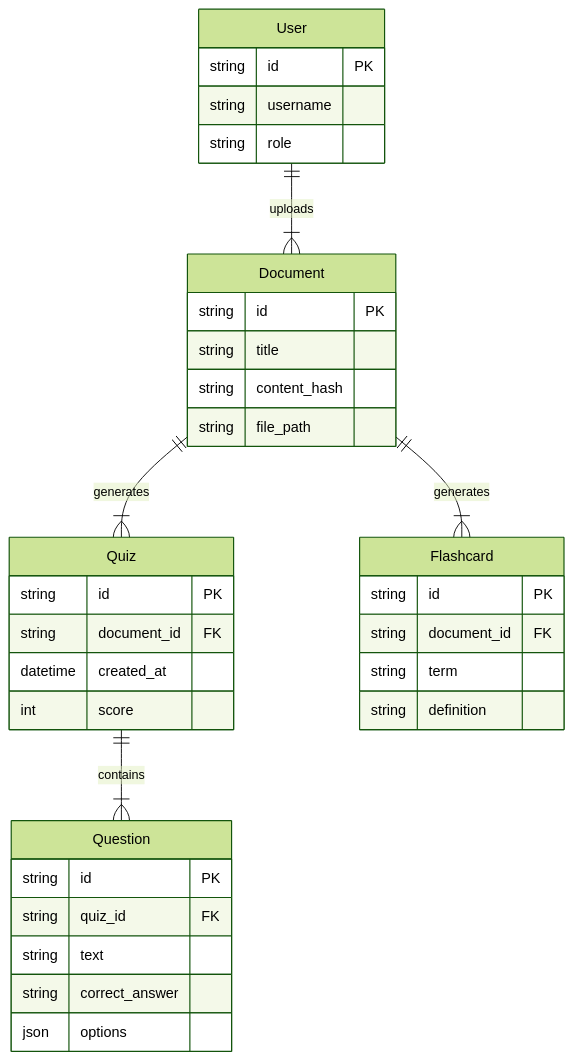
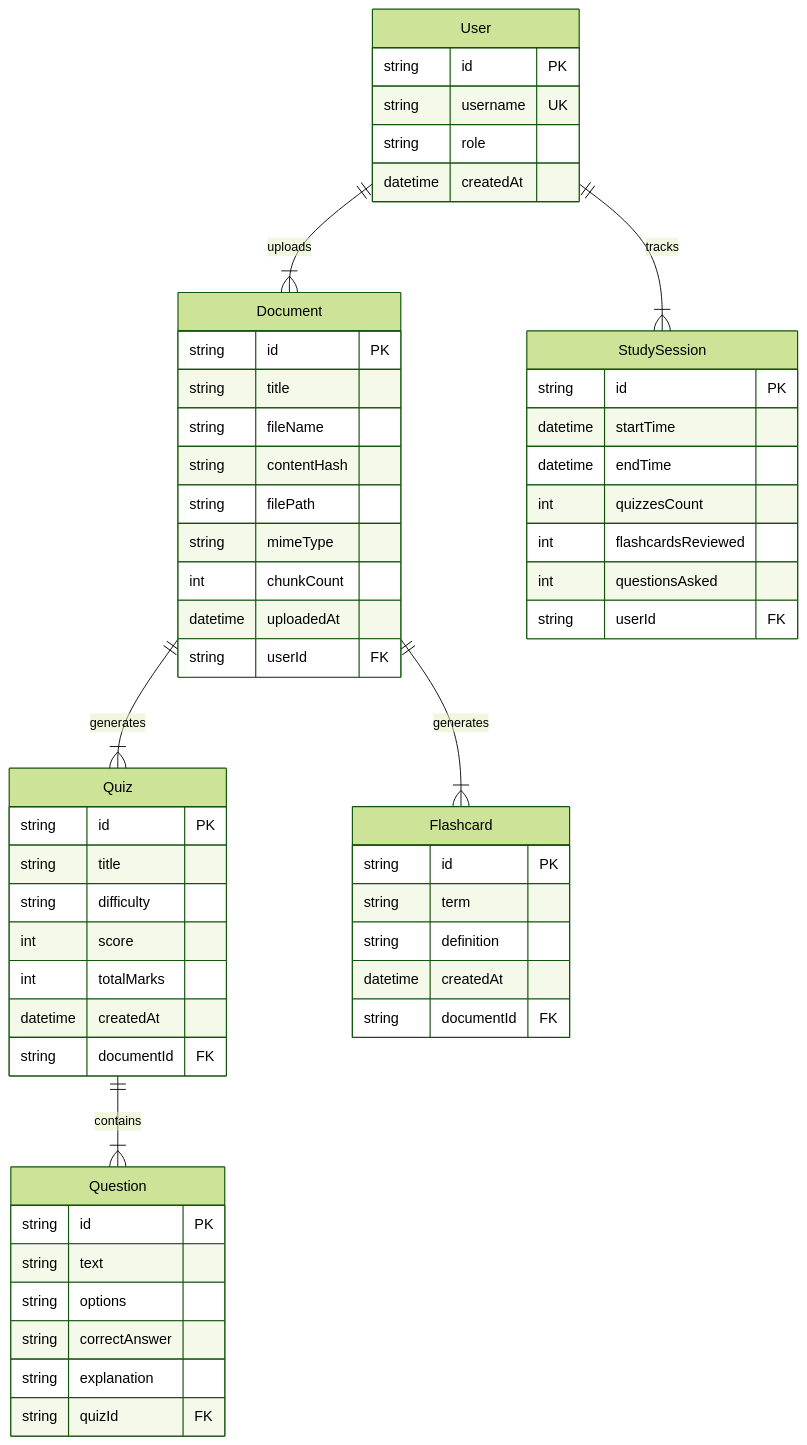
The diagram in ErDiagram.md (AyushCoder9/PromptPrep), drawn with Mermaid (forest theme) before and after one commit. The commit also changed 3 other files, not shown here.

Commit message:
Draft system diagrams

````diff
--- a/ErDiagram.md
+++ b/ErDiagram.md
@@ -1,41 +1,63 @@
 ```mermaid
 erDiagram
     User ||--|{ Document : uploads
+    User ||--|{ StudySession : tracks
     User {
         string id PK
-        string username
+        string username UK
         string role
+        datetime createdAt
     }
 
     Document ||--|{ Quiz : generates
     Document ||--|{ Flashcard : generates
     Document {
         string id PK
         string title
-        string content_hash
-        string file_path
+        string fileName
+        string contentHash
+        string filePath
+        string mimeType
+        int chunkCount
+        datetime uploadedAt
+        string userId FK
     }
 
     Quiz ||--|{ Question : contains
     Quiz {
         string id PK
-        string document_id FK
-        datetime created_at
+        string title
+        string difficulty
         int score
+        int totalMarks
+        datetime createdAt
+        string documentId FK
     }
 
     Question {
         string id PK
-        string quiz_id FK
         string text
-        string correct_answer
-        json options
+        string options
+        string correctAnswer
+        string explanation
+        string quizId FK
     }
 
     Flashcard {
         string id PK
-        string document_id FK
         string term
         string definition
+        datetime createdAt
+        string documentId FK
+    }
+
+    StudySession {
+        string id PK
+        datetime startTime
+        datetime endTime
+        int quizzesCount
+        int flashcardsReviewed
+        int questionsAsked
+        string userId FK
     }
 ```
````
